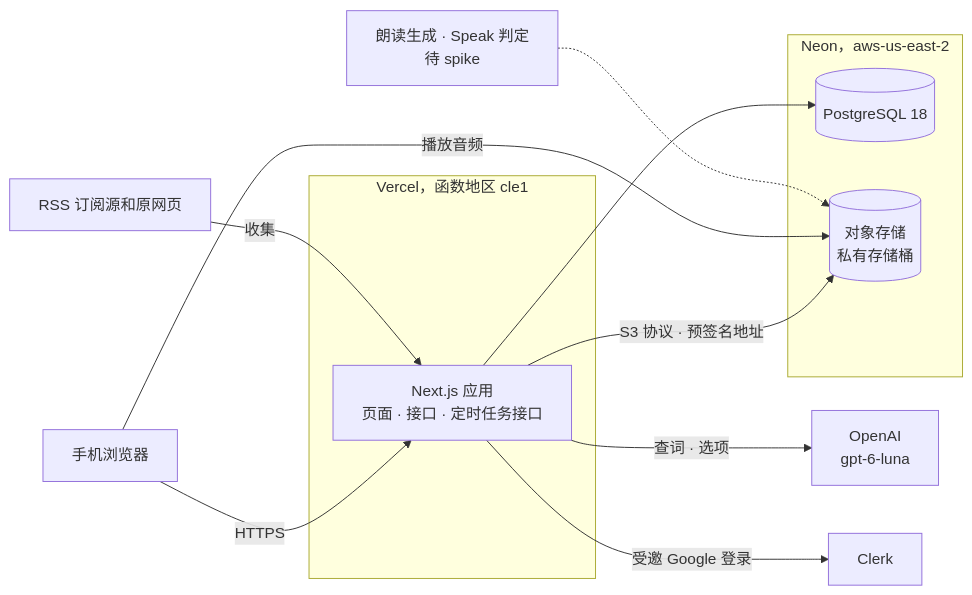
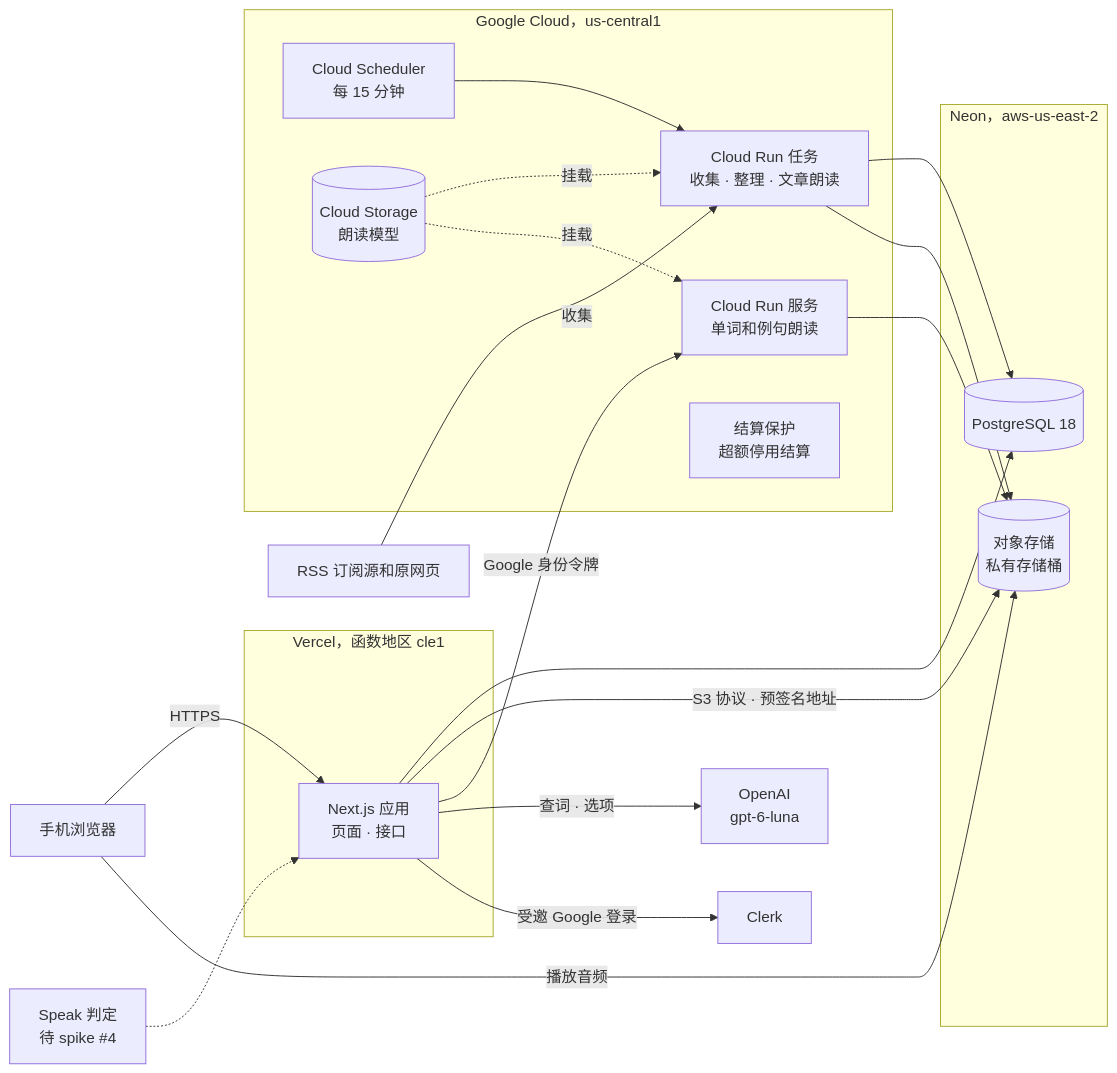
Before and after one commit to juanchaopan/vexto: the diagram in .docs/architecture.md, drawn with Mermaid. The commit also changed other lines of this file and 13 other files, not shown here.

First line of the commit message:
feat(architecture): run collection and narration on Cloud Run (#3)

````diff
--- a/.docs/architecture.md
+++ b/.docs/architecture.md
@@ -5,18 +5,31 @@
 ```mermaid
 flowchart LR
   user[手机浏览器] -->|HTTPS| app
   subgraph vercel[Vercel，函数地区 cle1]
-    app[Next.js 应用<br/>页面 · 接口 · 定时任务接口]
+    app[Next.js 应用<br/>页面 · 接口]
+  end
+  subgraph gcp[Google Cloud，us-central1]
+    scheduler[Cloud Scheduler<br/>每 15 分钟] --> job
+    job[Cloud Run 任务<br/>收集 · 整理 · 文章朗读]
+    tts[Cloud Run 服务<br/>单词和例句朗读]
+    model[(Cloud Storage<br/>朗读模型)]
+    guard[结算保护<br/>超额停用结算]
+    model -.挂载.-> job
+    model -.挂载.-> tts
   end
   subgraph neon[Neon，aws-us-east-2]
     db[(PostgreSQL 18)]
     bucket[(对象存储<br/>私有存储桶)]
   end
   app --> db
   app -->|S3 协议 · 预签名地址| bucket
+  app -->|Google 身份令牌| tts
   user -->|播放音频| bucket
+  job --> db
+  job --> bucket
+  tts --> bucket
+  feeds[RSS 订阅源和原网页] -->|收集| job
   app -->|查词 · 选项| openai[OpenAI<br/>gpt-6-luna]
   app -->|受邀 Google 登录| clerk[Clerk]
-  tts[朗读生成 · Speak 判定<br/>待 spike] -.-> bucket
-  feeds[RSS 订阅源和原网页] -->|收集| app
+  speak[Speak 判定<br/>待 spike #4] -.-> app
 ```
````
